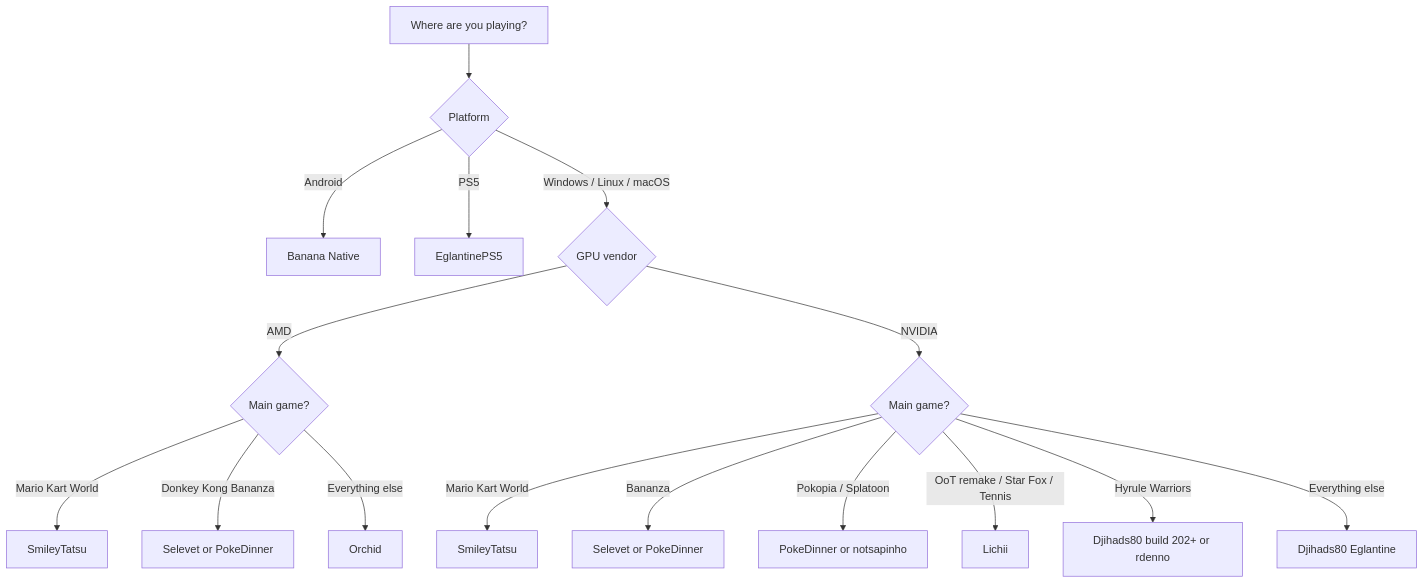
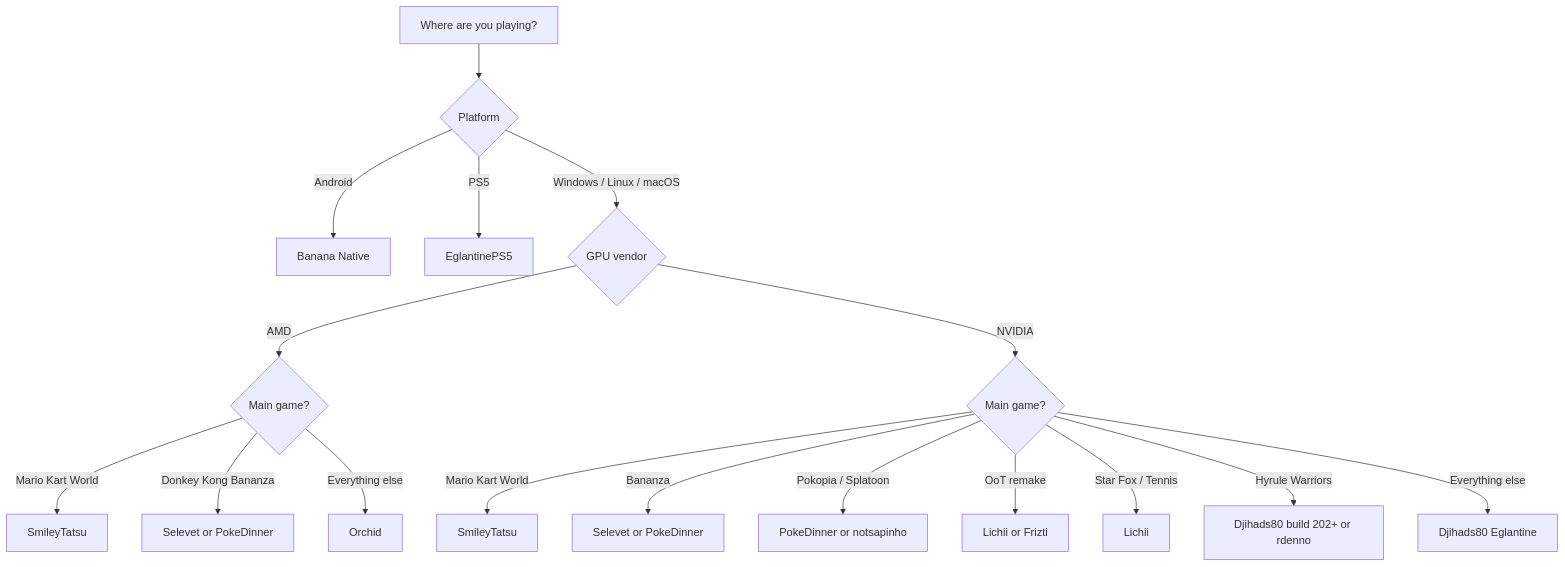
One commit to Kradnah/wichforks changed the diagram in README.md. Above: the diagram before and after it, drawn with Mermaid. The commit also changed other lines of this file and 1 other file, not shown here.

Commit message:
Link Frizti v1 from the OoT decision path
- Add Frizti to the OoT branch of the decision tree
- Mention the Windows visual-fix fork in the Lichii section
- Update project notes

````diff
--- a/README.md
+++ b/README.md
@@ -52,18 +52,19 @@
 ```mermaid
 flowchart TD
     A[Where are you playing?] --> B{Platform}
     B -->|Android| C[Banana Native]
     B -->|PS5| D[EglantinePS5]
     B -->|Windows / Linux / macOS| E{GPU vendor}
     E -->|AMD| F{Main game?}
     F -->|Mario Kart World| G[SmileyTatsu]
     F -->|Donkey Kong Bananza| G2[Selevet or PokeDinner]
     F -->|Everything else| H[Orchid]
     E -->|NVIDIA| I{Main game?}
     I -->|Mario Kart World| J[SmileyTatsu]
     I -->|Bananza| K[Selevet or PokeDinner]
     I -->|Pokopia / Splatoon| K2[PokeDinner or notsapinho]
-    I -->|OoT remake / Star Fox / Tennis| L[Lichii]
+    I -->|OoT remake| L[Lichii or Frizti]
+    I -->|Star Fox / Tennis| L2[Lichii]
     I -->|Hyrule Warriors| M[Djihads80 build 202+ or rdenno]
     I -->|Everything else| N[Djihads80 Eglantine]
 ```
````
